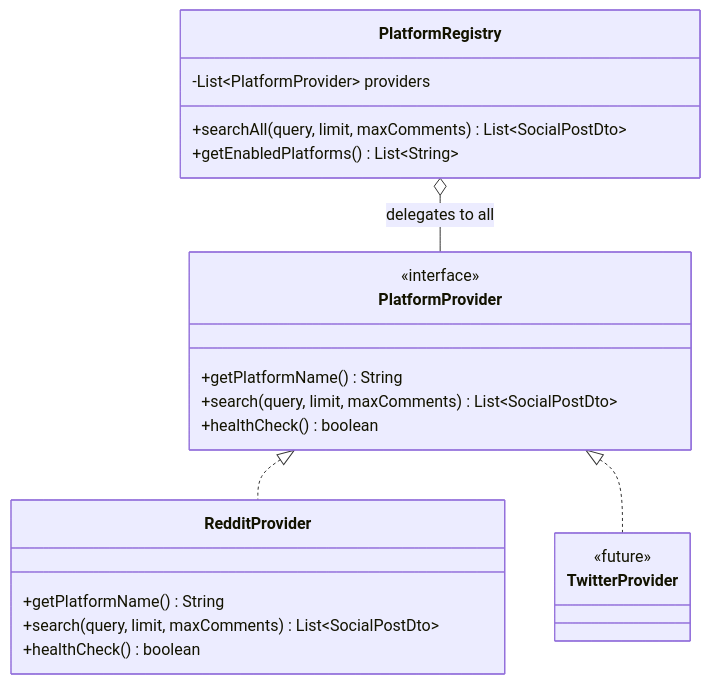
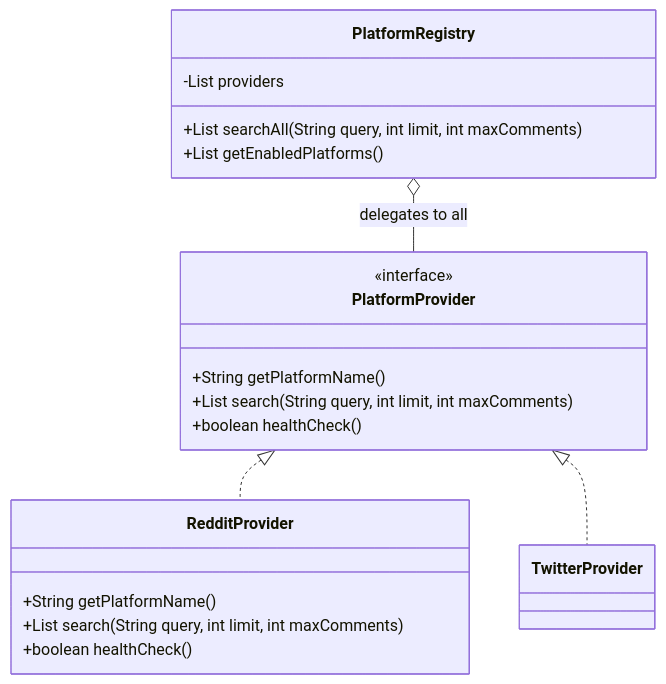
The eighth of 31 diagrams in architecture.md (anubhavbagri/CrowdLens), drawn with Mermaid before and after one commit. The commit also changed other lines of this file and 1 other file, not shown here.

Commit message:
fix diagrams

````diff
--- a/architecture.md
+++ b/architecture.md
@@ -403,29 +403,28 @@
 ```mermaid
 classDiagram
     class PlatformProvider {
         <<interface>>
-        +getPlatformName() String
-        +search(query, limit, maxComments) List~SocialPostDto~
-        +healthCheck() boolean
+        +String getPlatformName()
+        +List search(String query, int limit, int maxComments)
+        +boolean healthCheck()
     }
 
     class RedditProvider {
-        +getPlatformName() String
-        +search(query, limit, maxComments) List~SocialPostDto~
-        +healthCheck() boolean
+        +String getPlatformName()
+        +List search(String query, int limit, int maxComments)
+        +boolean healthCheck()
     }
 
     class TwitterProvider {
-        <<future>>
     }
 
     class PlatformRegistry {
-        -List~PlatformProvider~ providers
-        +searchAll(query, limit, maxComments) List~SocialPostDto~
-        +getEnabledPlatforms() List~String~
+        -List providers
+        +List searchAll(String query, int limit, int maxComments)
+        +List getEnabledPlatforms()
     }
 
     PlatformProvider <|.. RedditProvider
     PlatformProvider <|.. TwitterProvider
     PlatformRegistry o-- PlatformProvider : delegates to all
 ```
````
